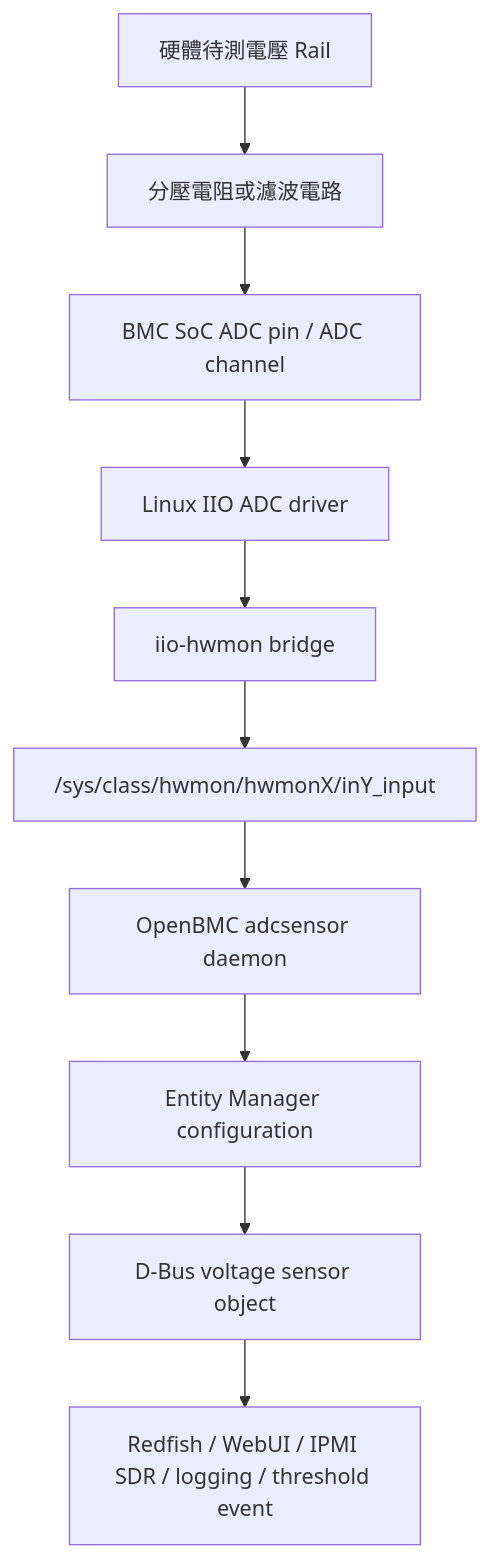
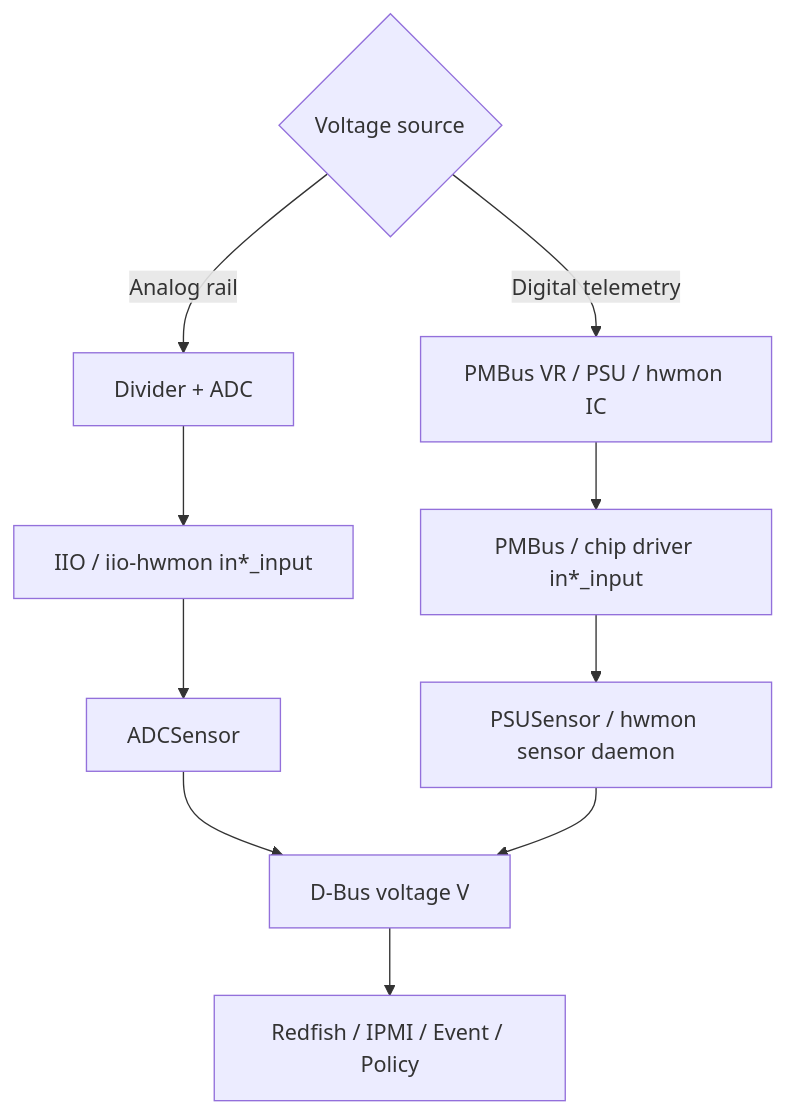
One commit to davidchen0970/porting-guide changed the sixth of 13 diagrams in 03_part_3_platform_monitoring_and_control/12_sensor_abstraction_layer.md. Above: the diagram before and after it, drawn with Mermaid. The commit also changed other lines of this file and 2 other files, not shown here.

````diff
--- a/03_part_3_platform_monitoring_and_control/12_sensor_abstraction_layer.md
+++ b/03_part_3_platform_monitoring_and_control/12_sensor_abstraction_layer.md
@@ -59,12 +1184,12 @@
 ```mermaid
 flowchart TB
-    A["硬體待測電壓 Rail"] --> B["分壓電阻或濾波電路"]
-    B --> C["BMC SoC ADC pin / ADC channel"]
-    C --> D["Linux IIO ADC driver"]
-    D --> E["iio-hwmon bridge"]
-    E --> F["/sys/class/hwmon/hwmonX/inY_input"]
-    F --> G["OpenBMC adcsensor daemon"]
-    G --> H["Entity Manager configuration"]
-    H --> I["D-Bus voltage sensor object"]
-    I --> J["Redfish / WebUI / IPMI SDR / logging / threshold event"]
+    A{Voltage source} -->|Analog rail| B[Divider + ADC]
+    A -->|Digital telemetry| C[PMBus VR / PSU / hwmon IC]
+    B --> D[IIO / iio-hwmon in*_input]
+    C --> E[PMBus / chip driver in*_input]
+    D --> F[ADCSensor]
+    E --> G[PSUSensor / hwmon sensor daemon]
+    F --> H[D-Bus voltage V]
+    G --> H
+    H --> I[Redfish / IPMI / Event / Policy]
 ```
````
